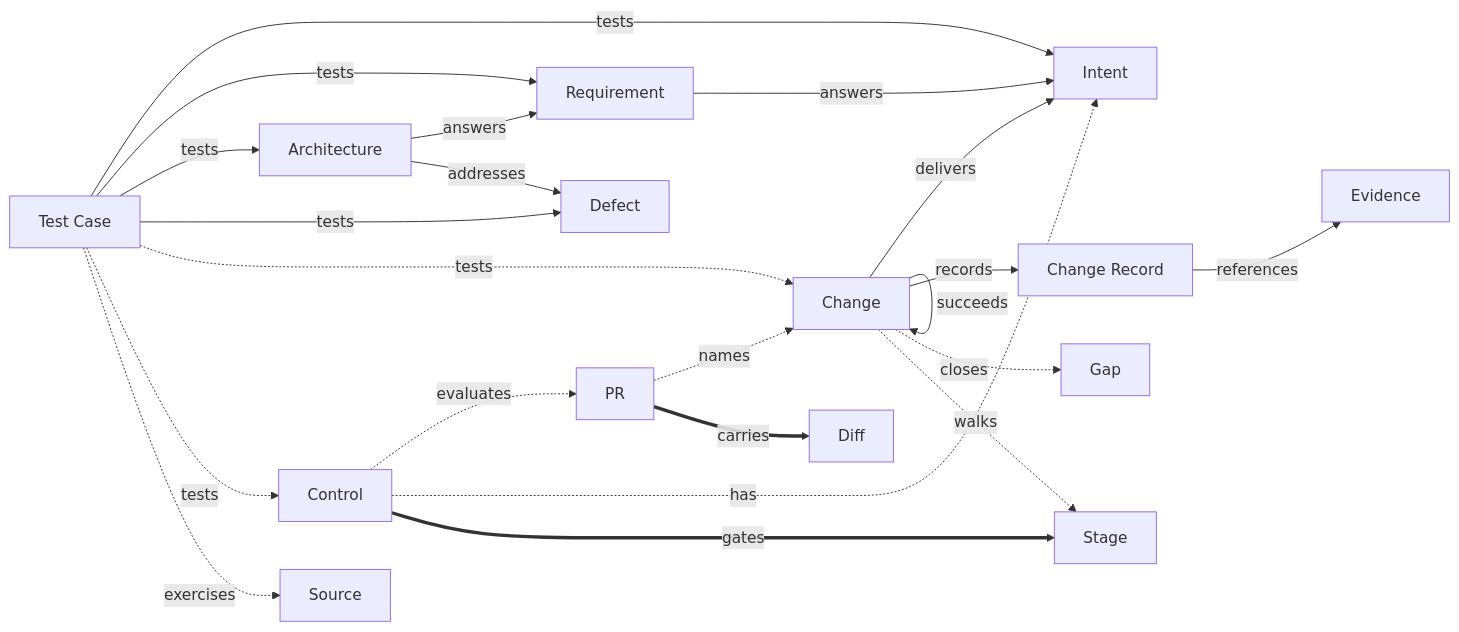
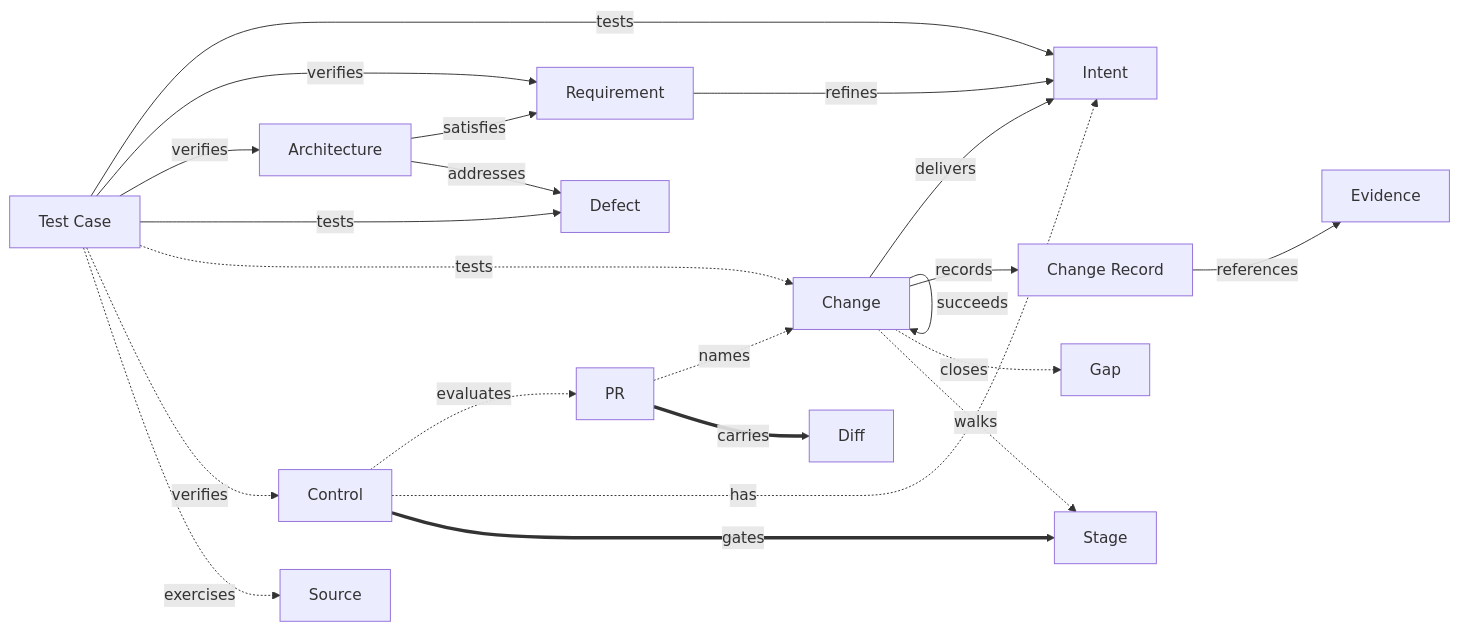
Before and after one commit to Kai-Hacks-AI/KAAL: the diagram in engineering/metamodel/metamodel.md, drawn with Mermaid. The commit also changed other lines of this file and 7 other files, not shown here.

First line of the commit message:
DO: canonical relationships refines, satisfies and verifies, with the repository keys kept (release/C71)

````diff
--- a/engineering/metamodel/metamodel.md
+++ b/engineering/metamodel/metamodel.md
@@ -30,24 +30,24 @@
 ```mermaid
 flowchart LR
   Change -->|delivers| Intent
-  Requirement -->|answers| Intent
-  Architecture -->|answers| Requirement
+  Requirement -->|refines| Intent
+  Architecture -->|satisfies| Requirement
   Architecture -->|addresses| Defect
   TestCase["Test Case"] -->|tests| Intent
-  TestCase -->|tests| Requirement
-  TestCase -->|tests| Architecture
+  TestCase -->|verifies| Requirement
+  TestCase -->|verifies| Architecture
   TestCase -->|tests| Defect
   Change -->|succeeds| Change
   Change -->|records| ChangeRecord["Change Record"]
   ChangeRecord -->|references| Evidence
   PR -.->|names| Change
   PR ==>|carries| Diff
   Control -.->|evaluates| PR
   Control -.->|has| Intent
   TestCase -.->|tests| Change
-  TestCase -.->|tests| Control
+  TestCase -.->|verifies| Control
   TestCase -.->|exercises| Source
   Change -.->|closes| Gap
   Change -.->|walks| Stage
   Control ==>|gates| Stage
 ```
````
